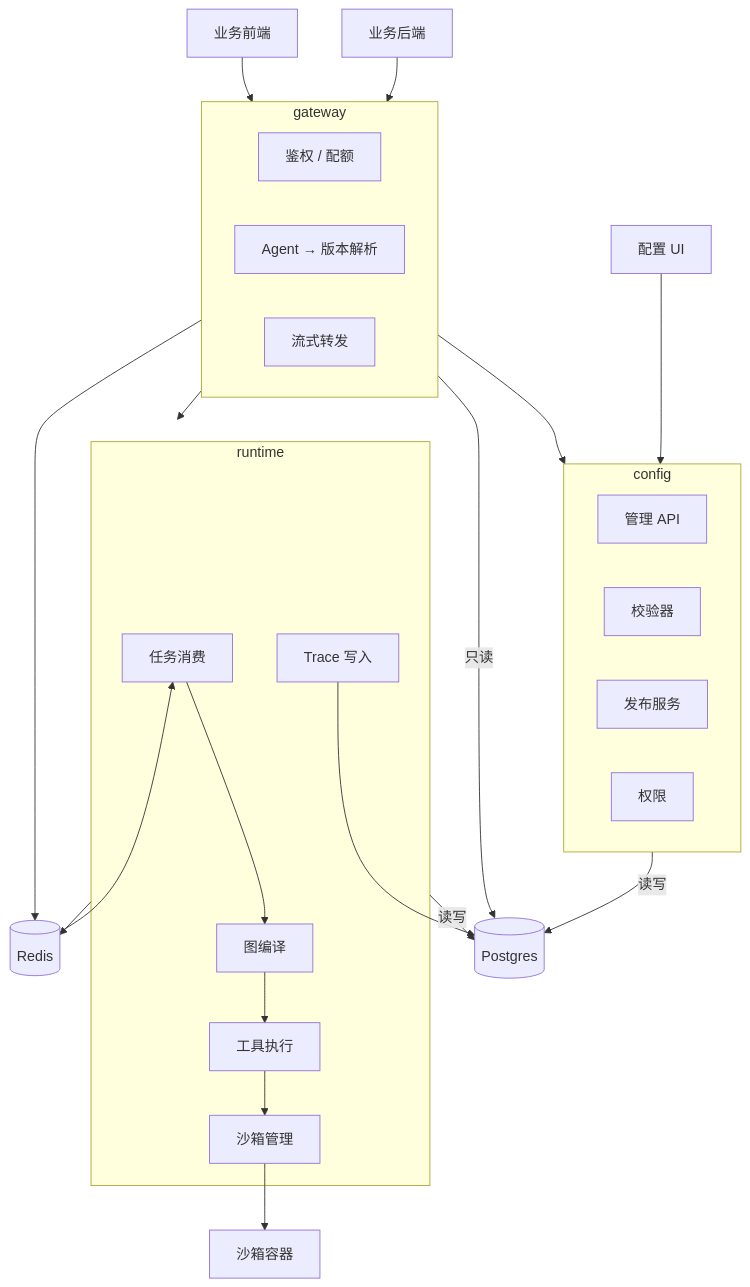
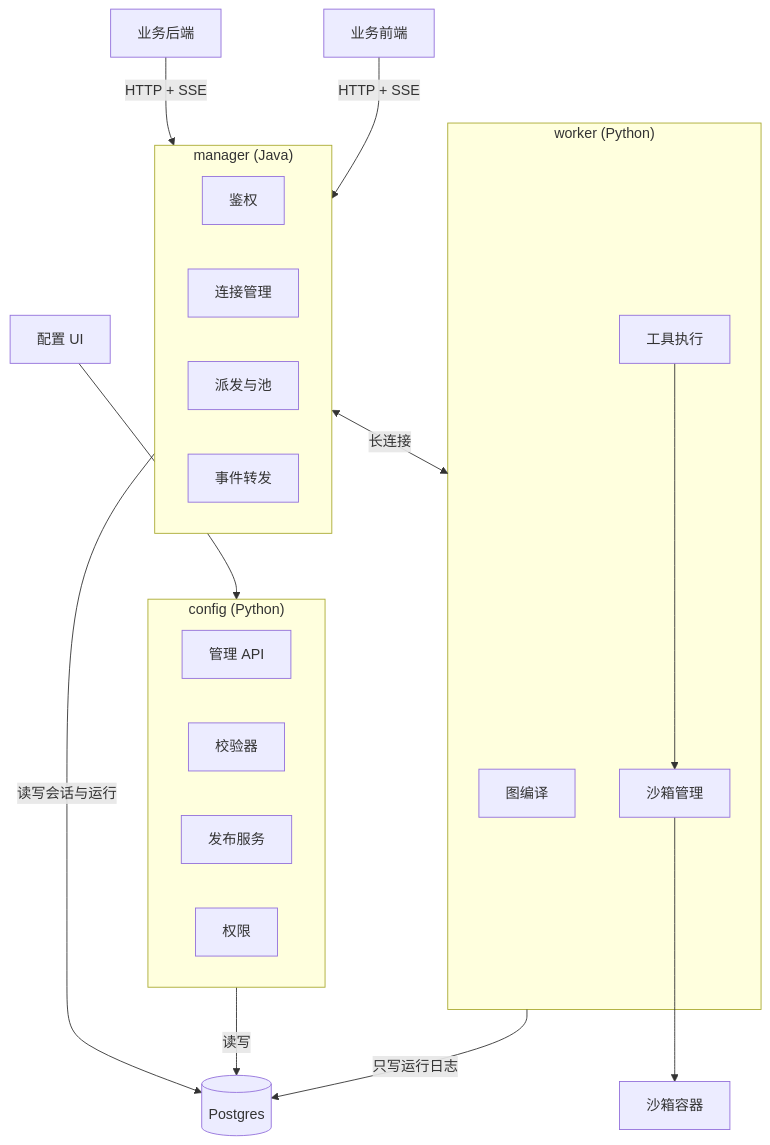
One commit to solo-xuhonglin/agent-ops changed the diagram in docs/01-agent-platform-design.md. Above: the diagram before and after it, drawn with Mermaid. The commit also changed other lines of this file and 11 other files, not shown here.

````diff
--- a/docs/01-agent-platform-design.md
+++ b/docs/01-agent-platform-design.md
@@ -57,44 +58,36 @@
 ```mermaid
 flowchart TB
     BE["业务后端"]
     FE["业务前端"]
     UI["配置 UI"]
 
-    subgraph GW["gateway"]
-        AUTH["鉴权 / 配额"]
-        RESOLVE["Agent → 版本解析"]
-        FWD["流式转发"]
+    subgraph MGR["manager (Java)"]
+        AUTH["鉴权"]
+        CONN["连接管理"]
+        DISP["派发与池"]
+        FWD["事件转发"]
     end
-    subgraph CFG["config"]
+    subgraph CFG["config (Python)"]
         API["管理 API"]
         VAL["校验器"]
         PUB["发布服务"]
         RBAC["权限"]
     end
-    subgraph RT["runtime"]
-        JC["任务消费"]
+    subgraph WK["worker (Python)"]
         GB["图编译"]
         TE["工具执行"]
         SM["沙箱管理"]
-        EM["Trace 写入"]
     end
 
     PG[("Postgres")]
-    RDS[("Redis")]
     DOCK["沙箱容器"]
 
-    BE --> GW
-    FE --> GW
+    BE -->|HTTP + SSE| MGR
+    FE -->|HTTP + SSE| MGR
     UI --> CFG
-    GW --> CFG
-    GW -->|只读| PG
-    GW --> RT
+    MGR -->|读写会话与运行| PG
     CFG -->|读写| PG
-    RT -->|读写| PG
-    GW --> RDS
-    RDS --> JC
-    JC --> GB --> TE
+    WK -->|只写运行日志| PG
+    MGR <-->|长连接| WK
     TE --> SM --> DOCK
-    EM --> PG
-    RT --> RDS
 ```
````
